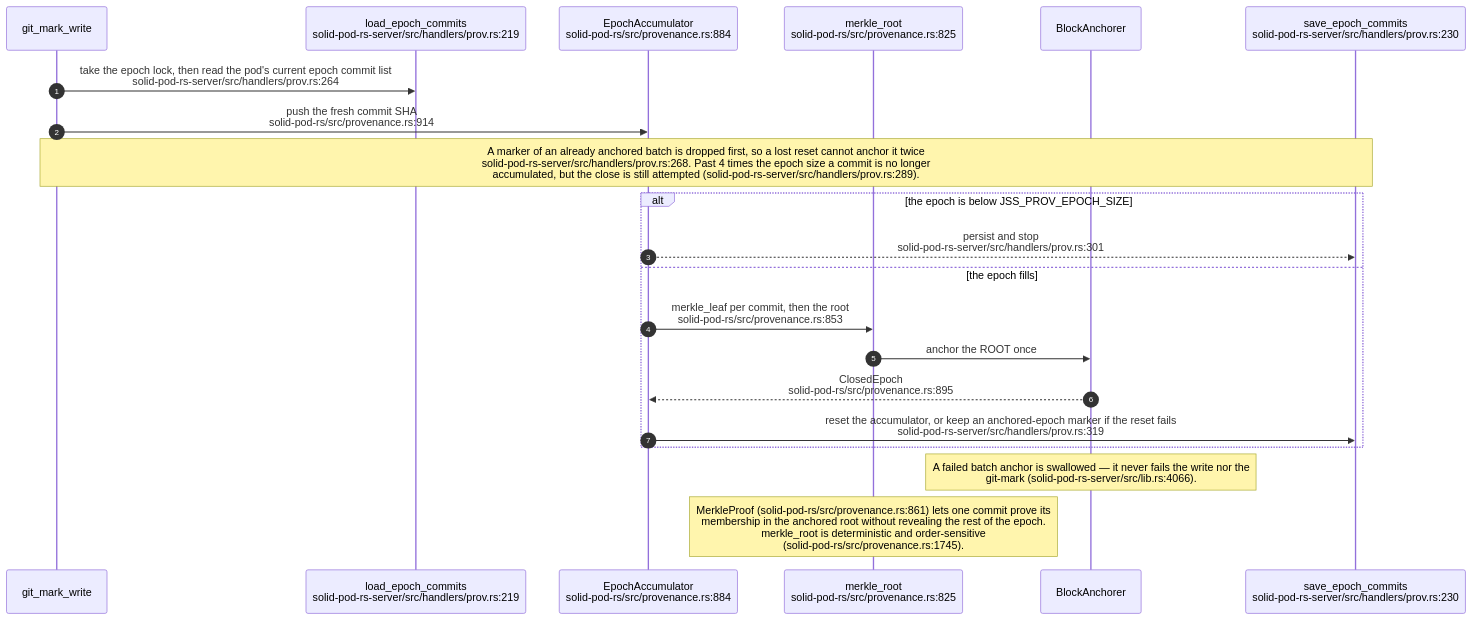
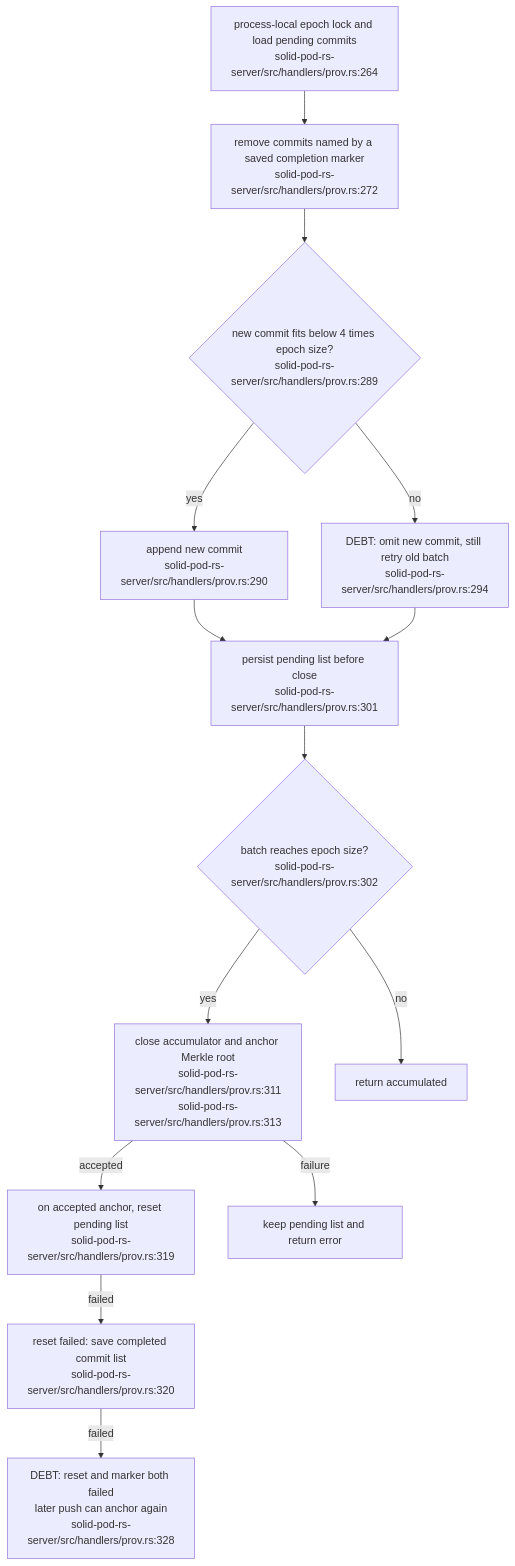
One commit to DreamLab-AI/VisionFlow changed the seventh of 19 diagrams in docs/diagrams/solid-pod-rs/07-provenance-and-payments.md. Above: the diagram before and after it, drawn with Mermaid. The commit also changed other lines of this file and 29 other files, not shown here.

Commit message:
docs: audit Solid anchor recovery and endpoint identity

````diff
--- a/docs/diagrams/solid-pod-rs/07-provenance-and-payments.md
+++ b/docs/diagrams/solid-pod-rs/07-provenance-and-payments.md
@@ -208,24 +208,24 @@
 ```mermaid
-sequenceDiagram
-    autonumber
-    participant G as git_mark_write
-    participant L as load_epoch_commits<br/>solid-pod-rs-server/src/handlers/prov.rs:219
-    participant A as EpochAccumulator<br/>solid-pod-rs/src/provenance.rs:884
-    participant M as merkle_root<br/>solid-pod-rs/src/provenance.rs:825
-    participant AN as BlockAnchorer
-    participant S as save_epoch_commits<br/>solid-pod-rs-server/src/handlers/prov.rs:230
-
-    G->>L: take the epoch lock, then read the pod's current epoch commit list<br/>solid-pod-rs-server/src/handlers/prov.rs:264
-    G->>A: push the fresh commit SHA<br/>solid-pod-rs/src/provenance.rs:914
-    Note over G,S: A marker of an already anchored batch is dropped first, so a lost reset cannot anchor it twice<br/>solid-pod-rs-server/src/handlers/prov.rs:268. Past 4 times the epoch size a commit is no longer<br/>accumulated, but the close is still attempted (solid-pod-rs-server/src/handlers/prov.rs:289).
-    alt the epoch is below JSS_PROV_EPOCH_SIZE
-        A-->>S: persist and stop<br/>solid-pod-rs-server/src/handlers/prov.rs:301
-    else the epoch fills
-        A->>M: merkle_leaf per commit, then the root<br/>solid-pod-rs/src/provenance.rs:853
-        M->>AN: anchor the ROOT once
-        AN-->>A: ClosedEpoch<br/>solid-pod-rs/src/provenance.rs:895
-        A->>S: reset the accumulator, or keep an anchored-epoch marker if the reset fails<br/>solid-pod-rs-server/src/handlers/prov.rs:319
-    end
-    Note over AN: A failed batch anchor is swallowed — it never fails the write nor the<br/>git-mark (solid-pod-rs-server/src/lib.rs:4066).
-    Note over M: MerkleProof (solid-pod-rs/src/provenance.rs:861) lets one commit prove its<br/>membership in the anchored root without revealing the rest of the epoch.<br/>merkle_root is deterministic and order-sensitive<br/>(solid-pod-rs/src/provenance.rs:1745).
+flowchart TD
+    LOCK["process-local epoch lock and load pending commits<br/>solid-pod-rs-server/src/handlers/prov.rs:264"]
+    DONE["remove commits named by a saved completion marker<br/>solid-pod-rs-server/src/handlers/prov.rs:272"]
+    CAP{"new commit fits below 4 times epoch size?<br/>solid-pod-rs-server/src/handlers/prov.rs:289"}
+    ADD["append new commit<br/>solid-pod-rs-server/src/handlers/prov.rs:290"]
+    DROP["DEBT: omit new commit, still retry old batch<br/>solid-pod-rs-server/src/handlers/prov.rs:294"]
+    SAVE["persist pending list before close<br/>solid-pod-rs-server/src/handlers/prov.rs:301"]
+    FULL{"batch reaches epoch size?<br/>solid-pod-rs-server/src/handlers/prov.rs:302"}
+    ROOT["close accumulator and anchor Merkle root<br/>solid-pod-rs-server/src/handlers/prov.rs:311<br/>solid-pod-rs-server/src/handlers/prov.rs:313"]
+    RESET["on accepted anchor, reset pending list<br/>solid-pod-rs-server/src/handlers/prov.rs:319"]
+    MARK["reset failed: save completed commit list<br/>solid-pod-rs-server/src/handlers/prov.rs:320"]
+    FAIL["DEBT: reset and marker both failed<br/>later push can anchor again<br/>solid-pod-rs-server/src/handlers/prov.rs:328"]
+    LOCK --> DONE --> CAP
+    CAP -- yes --> ADD --> SAVE
+    CAP -- no --> DROP --> SAVE
+    SAVE --> FULL
+    FULL -- no --> WAIT["return accumulated"]
+    FULL -- yes --> ROOT
+    ROOT -- failure --> KEEP["keep pending list and return error"]
+    ROOT -- accepted --> RESET
+    RESET -- failed --> MARK
+    MARK -- failed --> FAIL
 ```
````
